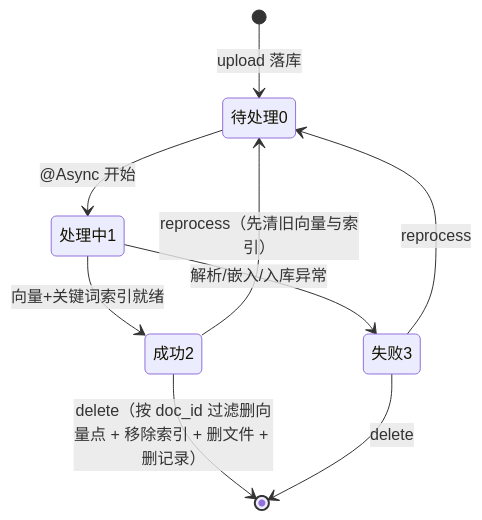
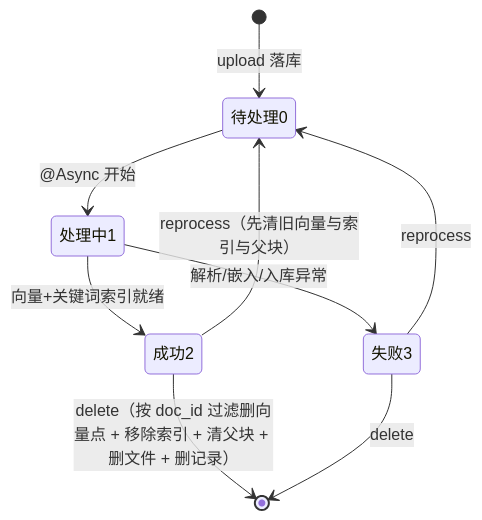
One commit to suiyile02/cc-ai-agent changed the sixth of 20 diagrams in docs/flow-map.md. Above: the diagram before and after it, drawn with Mermaid. The commit also changed other lines of this file and 22 other files, not shown here.

````diff
--- a/docs/flow-map.md
+++ b/docs/flow-map.md
@@ -270,11 +271,11 @@
 ```mermaid
 stateDiagram-v2
     [*] --> 待处理0: upload 落库
     待处理0 --> 处理中1: @Async 开始
     处理中1 --> 成功2: 向量+关键词索引就绪
     处理中1 --> 失败3: 解析/嵌入/入库异常
-    成功2 --> 待处理0: reprocess（先清旧向量与索引）
+    成功2 --> 待处理0: reprocess（先清旧向量与索引与父块）
     失败3 --> 待处理0: reprocess
-    成功2 --> [*]: delete（按 doc_id 过滤删向量点 + 移除索引 + 删文件 + 删记录）
+    成功2 --> [*]: delete（按 doc_id 过滤删向量点 + 移除索引 + 清父块 + 删文件 + 删记录）
     失败3 --> [*]: delete
 ```
````
